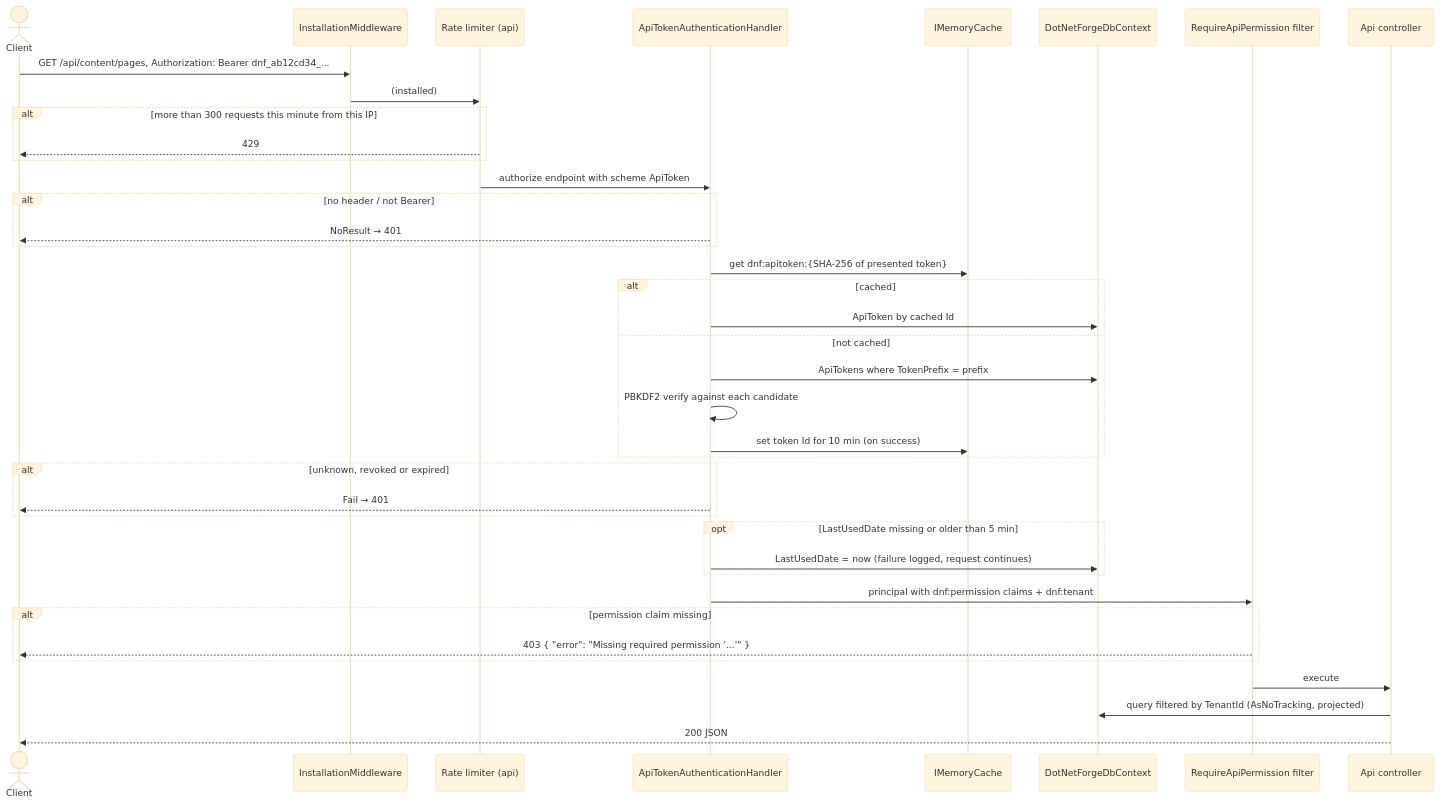
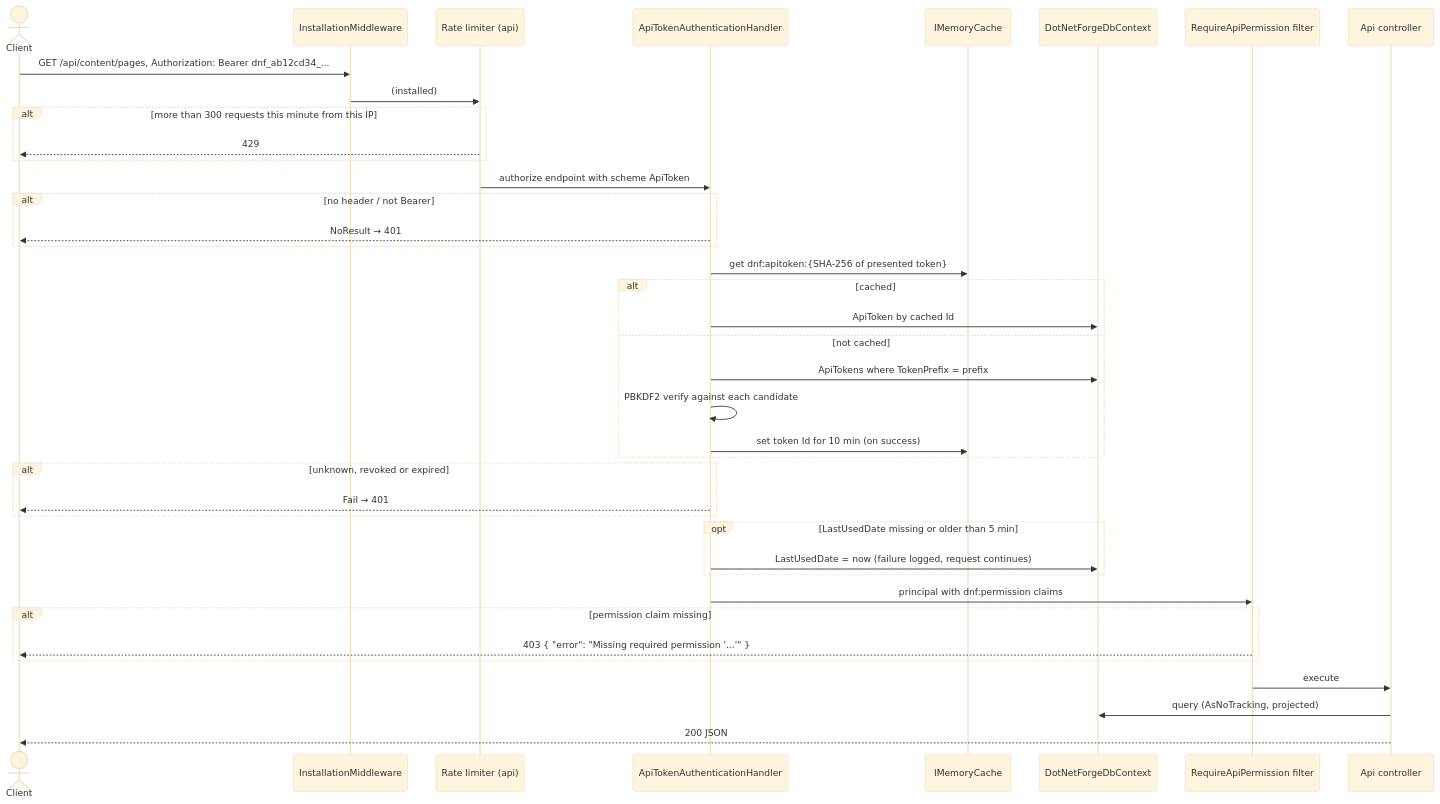
One commit to Albadit/DotNetForge changed the seventh of 12 diagrams in .docs/architecture/data-flow.md. Above: the diagram before and after it, drawn with Mermaid (base theme). The commit also changed other lines of this file and 306 other files, not shown here.

````diff
--- a/.docs/architecture/data-flow.md
+++ b/.docs/architecture/data-flow.md
@@ -252,41 +260,41 @@
 ```mermaid
 sequenceDiagram
     actor Client
     participant IM as InstallationMiddleware
     participant RL as Rate limiter (api)
     participant TH as ApiTokenAuthenticationHandler
     participant MC as IMemoryCache
     participant DB as DotNetForgeDbContext
     participant F as RequireApiPermission filter
     participant C as Api controller
     Client->>IM: GET /api/content/pages, Authorization: Bearer dnf_ab12cd34_...
     IM->>RL: (installed)
     alt more than 300 requests this minute from this IP
         RL-->>Client: 429
     end
     RL->>TH: authorize endpoint with scheme ApiToken
     alt no header / not Bearer
         TH-->>Client: NoResult → 401
     end
     TH->>MC: get dnf:apitoken:{SHA-256 of presented token}
     alt cached
         TH->>DB: ApiToken by cached Id
     else not cached
         TH->>DB: ApiTokens where TokenPrefix = prefix
         TH->>TH: PBKDF2 verify against each candidate
         TH->>MC: set token Id for 10 min (on success)
     end
     alt unknown, revoked or expired
         TH-->>Client: Fail → 401
     end
     opt LastUsedDate missing or older than 5 min
         TH->>DB: LastUsedDate = now (failure logged, request continues)
     end
-    TH->>F: principal with dnf:permission claims + dnf:tenant
+    TH->>F: principal with dnf:permission claims
     alt permission claim missing
         F-->>Client: 403 { "error": "Missing required permission '...'" }
     end
     F->>C: execute
-    C->>DB: query filtered by TenantId (AsNoTracking, projected)
+    C->>DB: query (AsNoTracking, projected)
     C-->>Client: 200 JSON
 ```
````
